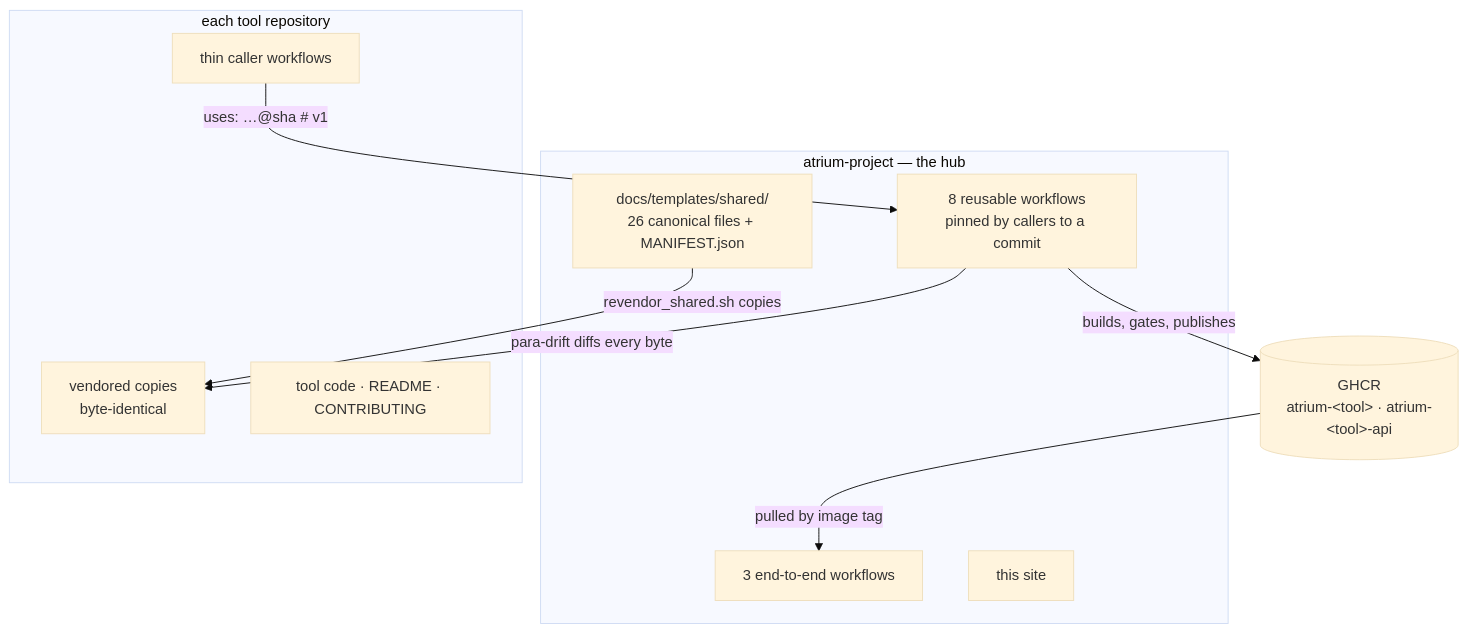
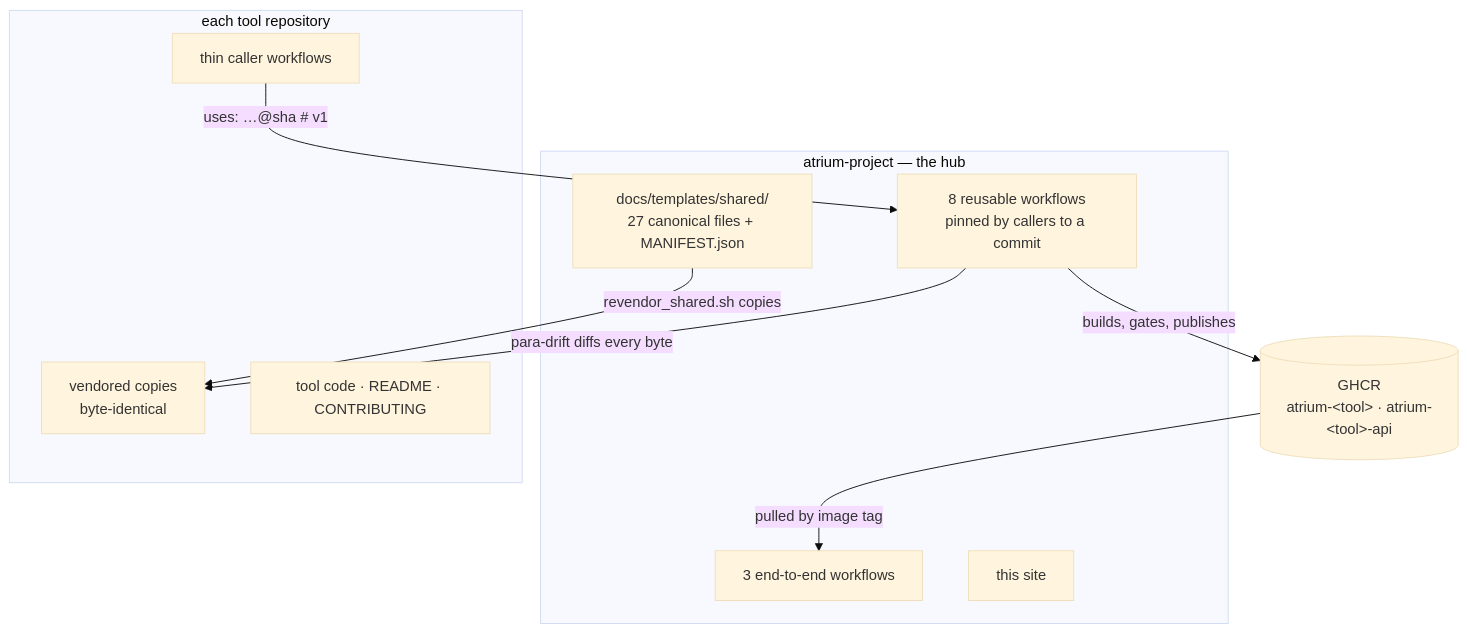
Before and after one commit to ufal/atrium-project: the first of 2 diagrams in docs_site/ecosystem/architecture.md, drawn with Mermaid (base theme). The commit also changed other lines of this file and 47 other files, not shown here.

First line of the commit message:
atrium-project#84: ARÚP's answers — paradata file entries, page selection, figure-block checks (#95)

````diff
--- a/docs_site/ecosystem/architecture.md
+++ b/docs_site/ecosystem/architecture.md
@@ -30,20 +30,20 @@
 ```mermaid
 flowchart TB
   subgraph HUB["atrium-project — the hub"]
-    SHARED["docs/templates/shared/<br/>26 canonical files + MANIFEST.json"]
+    SHARED["docs/templates/shared/<br/>27 canonical files + MANIFEST.json"]
     REUSE["8 reusable workflows<br/>pinned by callers to a commit"]
     E2E["3 end-to-end workflows"]
     SITE["this site"]
   end
   subgraph TOOL["each tool repository"]
     VEND["vendored copies<br/>byte-identical"]
     CALL["thin caller workflows"]
     CODE["tool code · README · CONTRIBUTING"]
   end
   GHCR[("GHCR<br/>atrium-&lt;tool&gt; · atrium-&lt;tool&gt;-api")]
   SHARED -- "revendor_shared.sh copies" --> VEND
   CALL -- "uses: …@sha  # v1" --> REUSE
   REUSE -- "para-drift diffs every byte" --> VEND
   REUSE -- "builds, gates, publishes" --> GHCR
   GHCR -- "pulled by image tag" --> E2E
 ```
````
